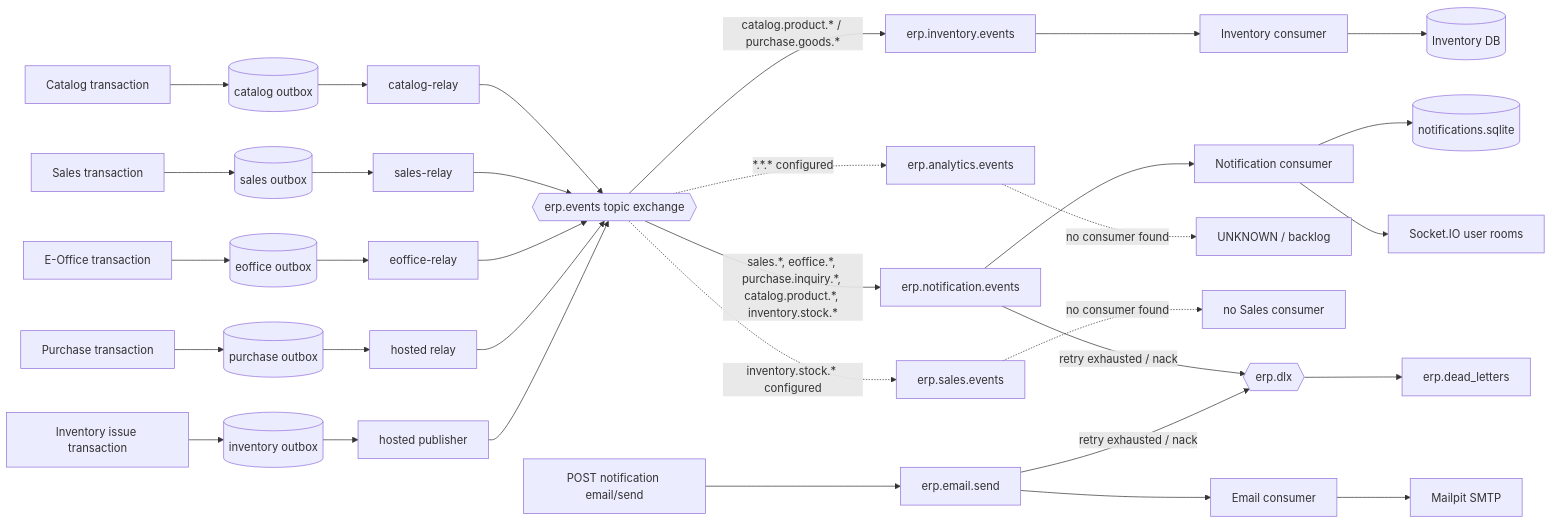
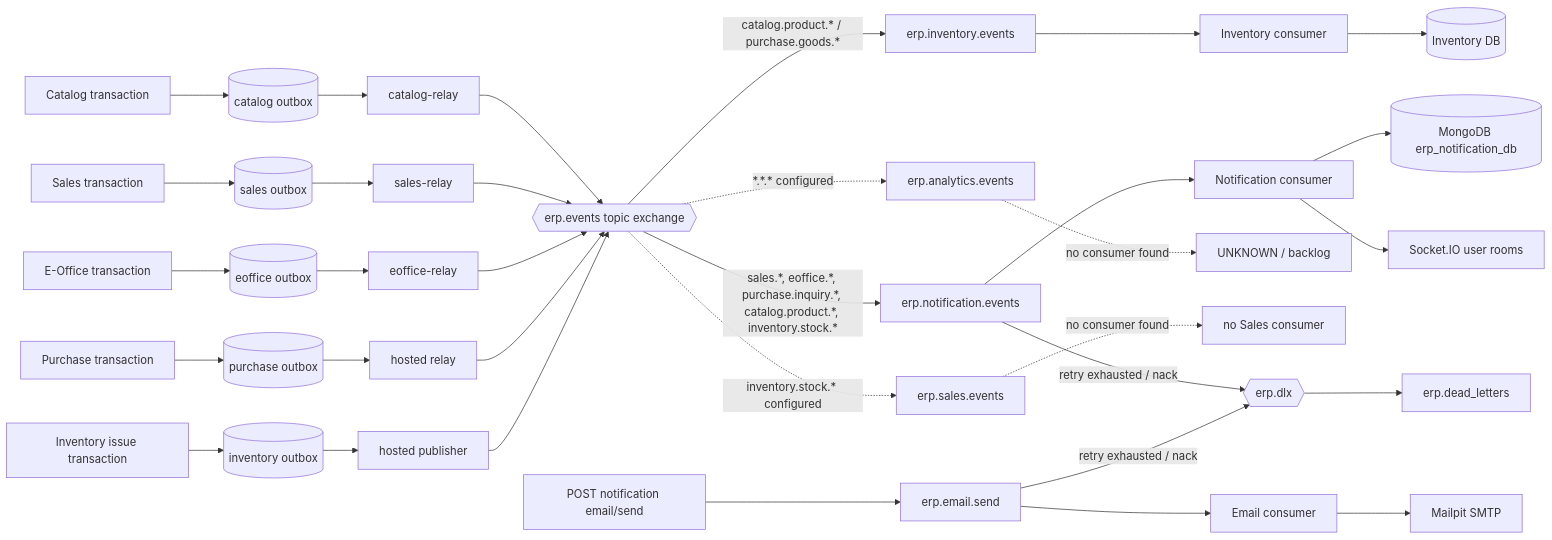
Before and after one commit to ttung205/smart-erp: the third of 4 diagrams in docs/architecture/ARCHITECTURE.md, drawn with Mermaid. The commit also changed other lines of this file and 34 other files, not shown here.

First line of the commit message:
refactor(chat): chuyển lưu trữ từ EF Core/SQLite sang MongoDB

````diff
--- a/docs/architecture/ARCHITECTURE.md
+++ b/docs/architecture/ARCHITECTURE.md
@@ -205,30 +205,30 @@
 ```mermaid
 flowchart LR
     CAT[Catalog transaction] --> CO[(catalog outbox)] --> CR[catalog-relay]
     SAL[Sales transaction] --> SO[(sales outbox)] --> SR[sales-relay]
     EO[E-Office transaction] --> EOO[(eoffice outbox)] --> ER[eoffice-relay]
     PUR[Purchase transaction] --> PO[(purchase outbox)] --> PR[hosted relay]
     INV[Inventory issue transaction] --> IO[(inventory outbox)] --> IP[hosted publisher]
 
     CR & SR & ER & PR & IP --> EX{{erp.events topic exchange}}
 
     EX -->|catalog.product.* / purchase.goods.*| IQ[erp.inventory.events]
     IQ --> IC[Inventory consumer]
     IC --> IDB[(Inventory DB)]
 
     EX -->|sales.*, eoffice.*, purchase.inquiry.*, catalog.product.*, inventory.stock.*| NQ[erp.notification.events]
     NQ --> NC[Notification consumer]
-    NC --> NDB[(notifications.sqlite)]
+    NC --> NDB[(MongoDB erp_notification_db)]
     NC --> SIO[Socket.IO user rooms]
 
     EX -.->|*.*.* configured| AQ[erp.analytics.events]
     AQ -.->|no consumer found| UNKNOWN[UNKNOWN / backlog]
 
     EX -.->|inventory.stock.* configured| SQ[erp.sales.events]
     SQ -.->|no consumer found| UNUSED[no Sales consumer]
 
     NAPI[POST notification email/send] --> EQ[erp.email.send]
     EQ --> EC[Email consumer] --> SMTP[Mailpit SMTP]
 
     NQ & EQ -->|retry exhausted / nack| DLX{{erp.dlx}} --> DLQ[erp.dead_letters]
 ```
````
